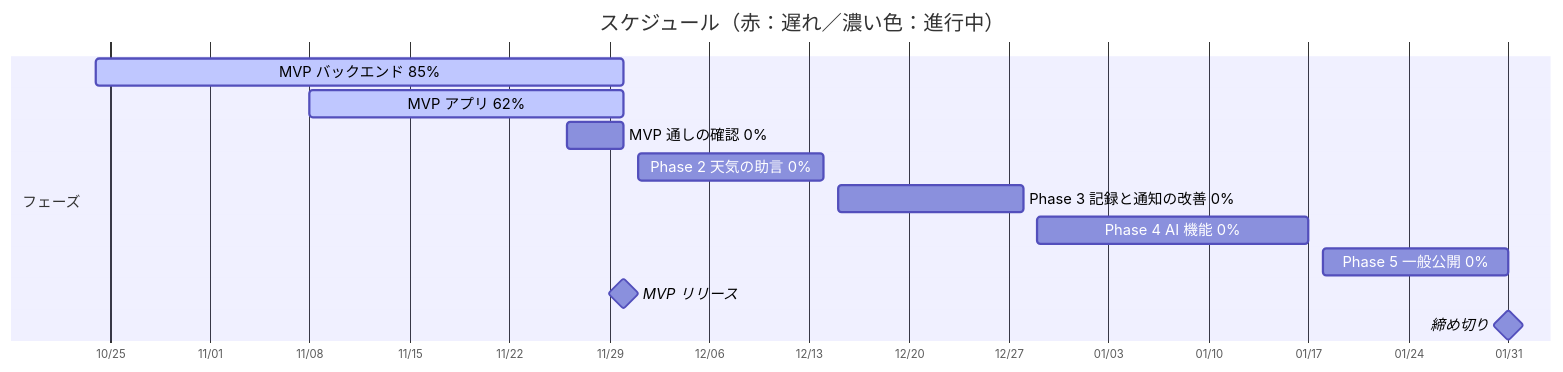
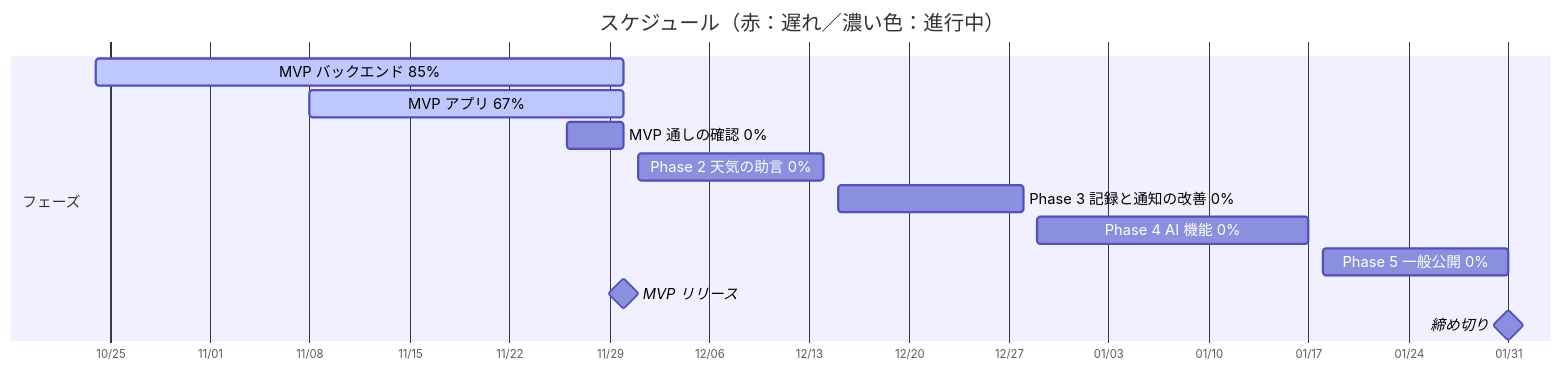
One commit to ch00z00/uchinokusa changed the diagram in README.md. Above: the diagram before and after it, drawn with Mermaid. The commit also changed other lines of this file and 1 other file, not shown here.

````diff
--- a/README.md
+++ b/README.md
@@ -26,17 +26,17 @@
 ```mermaid
 %%{init: {"gantt": {"useWidth": 1400, "useMaxWidth": false, "barHeight": 24, "fontSize": 13, "sectionFontSize": 13}}}%%
 gantt
     title スケジュール（赤：遅れ／濃い色：進行中）
     dateFormat YYYY-MM-DD
     axisFormat %m/%d
     section フェーズ
     MVP バックエンド 85% :active, backend, 2026-10-24, 2026-11-30
-    MVP アプリ 62% :active, app, 2026-11-08, 2026-11-30
+    MVP アプリ 67% :active, app, 2026-11-08, 2026-11-30
     MVP 通しの確認 0% :e2e, 2026-11-26, 2026-11-30
     Phase 2 天気の助言 0% :p2, 2026-12-01, 2026-12-14
     Phase 3 記録と通知の改善 0% :p3, 2026-12-15, 2026-12-28
     Phase 4 AI 機能 0% :p4, 2026-12-29, 2027-01-17
     Phase 5 一般公開 0% :p5, 2027-01-18, 2027-01-31
     MVP リリース :milestone, m0, 2026-11-30, 0d
     締め切り :milestone, deadline, 2027-01-31, 0d
 ```
````
